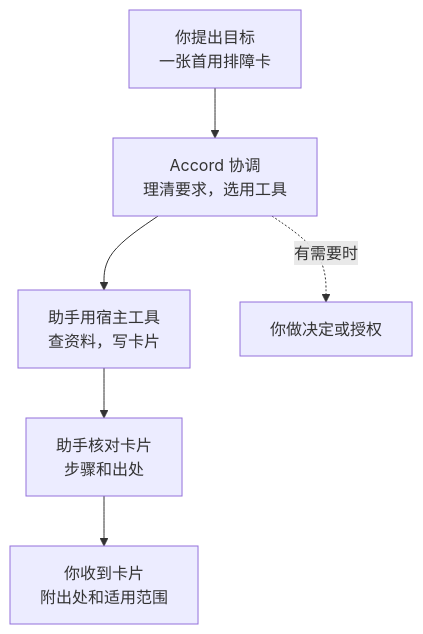
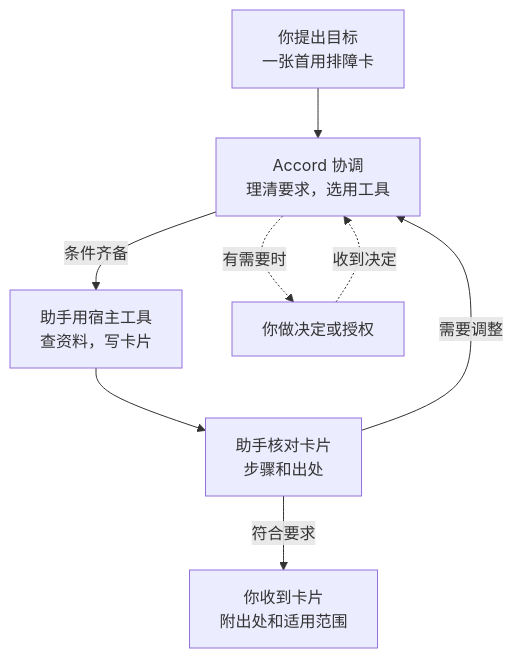
Before and after one commit to yiheng8023/YIYUAN-Accord: the diagram in README.zh-CN.md, drawn with Mermaid. The commit also changed 3 other files, not shown here.

````diff
--- a/README.zh-CN.md
+++ b/README.zh-CN.md
@@ -27,8 +27,10 @@
 ```mermaid
 flowchart TD
     U["你提出目标<br/>一张首用排障卡"] --> A["Accord 协调<br/>理清要求，选用工具"]
-    A --> H["助手用宿主工具<br/>查资料，写卡片"]
+    A -- 条件齐备 --> H["助手用宿主工具<br/>查资料，写卡片"]
     H --> V["助手核对卡片<br/>步骤和出处"]
-    V --> R["你收到卡片<br/>附出处和适用范围"]
+    V -- 符合要求 --> R["你收到卡片<br/>附出处和适用范围"]
+    V -- 需要调整 --> A
     A -. 有需要时 .-> Q["你做决定或授权"]
+    Q -. 收到决定 .-> A
 ```
````
